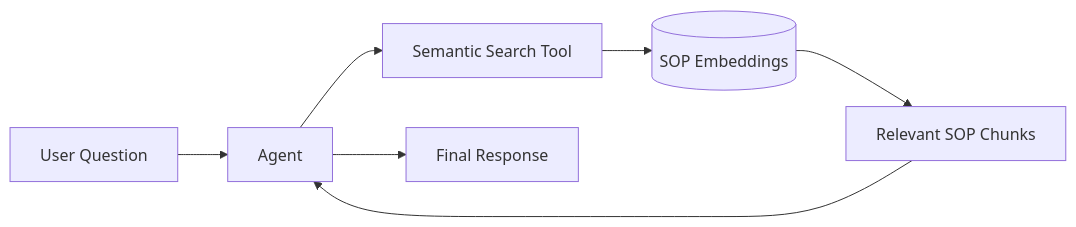
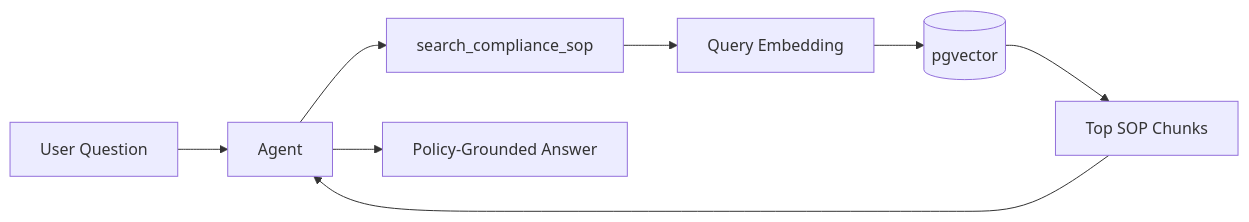
One commit to goravjhabakh/cold-chain-logistics changed the fourth of 6 diagrams in docs/architecture.md. Above: the diagram before and after it, drawn with Mermaid. The commit also changed other lines of this file and 2 other files, not shown here.

````diff
--- a/docs/architecture.md
+++ b/docs/architecture.md
@@ -147,10 +97,11 @@
 ```mermaid
 flowchart LR
-    USER[User Question]
-        --> AGENT[Agent]
-        --> SEARCH[Semantic Search Tool]
-        --> VECTOR[(SOP Embeddings)]
-        --> CONTEXT[Relevant SOP Chunks]
-        --> AGENT
-        --> RESPONSE[Final Response]
+    Q[User Question]
+      --> AGENT[Agent]
+      --> TOOL[search_compliance_sop]
+      --> EMBED[Query Embedding]
+      --> PG[(pgvector)]
+      --> MATCH[Top SOP Chunks]
+      --> AGENT
+      --> RESPONSE[Policy-Grounded Answer]
 ```
````
